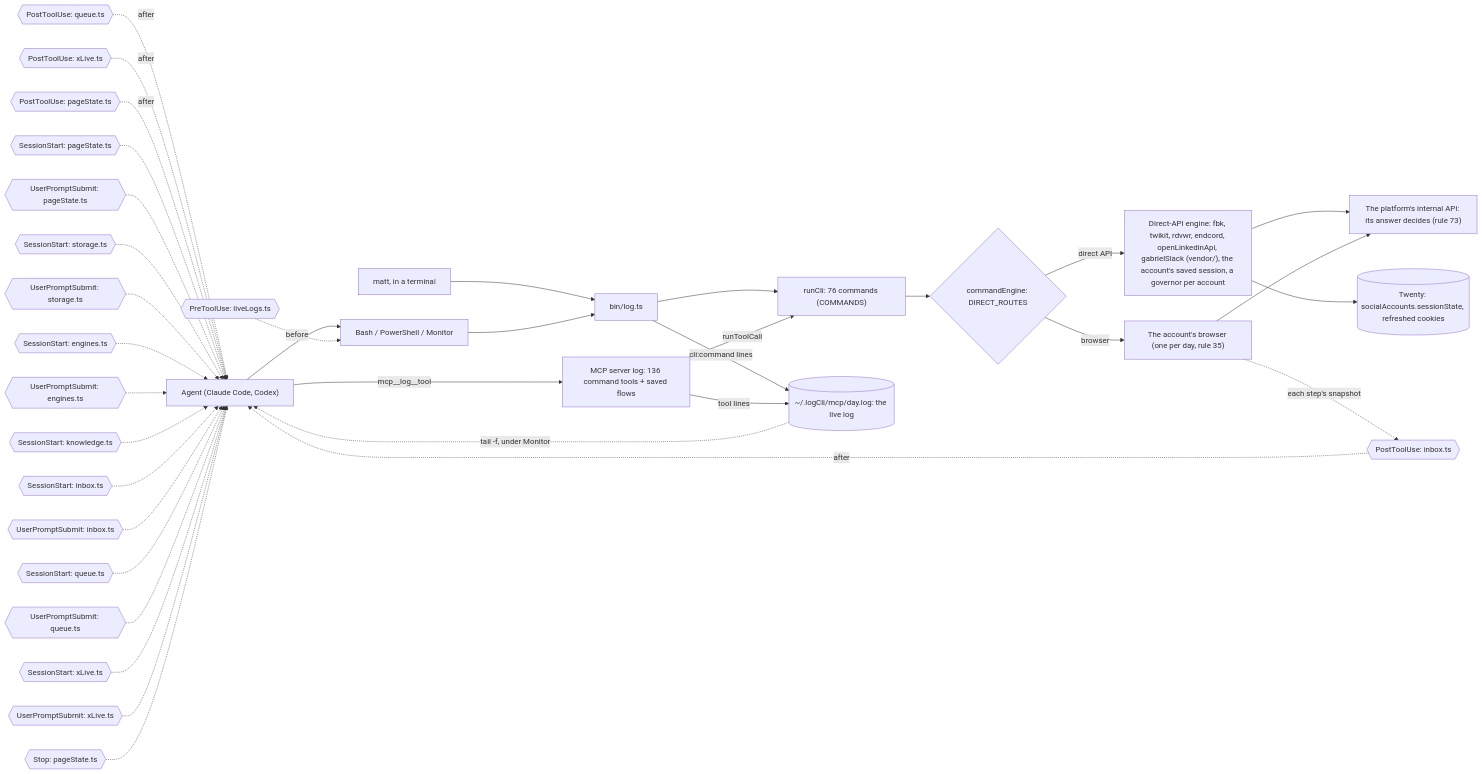
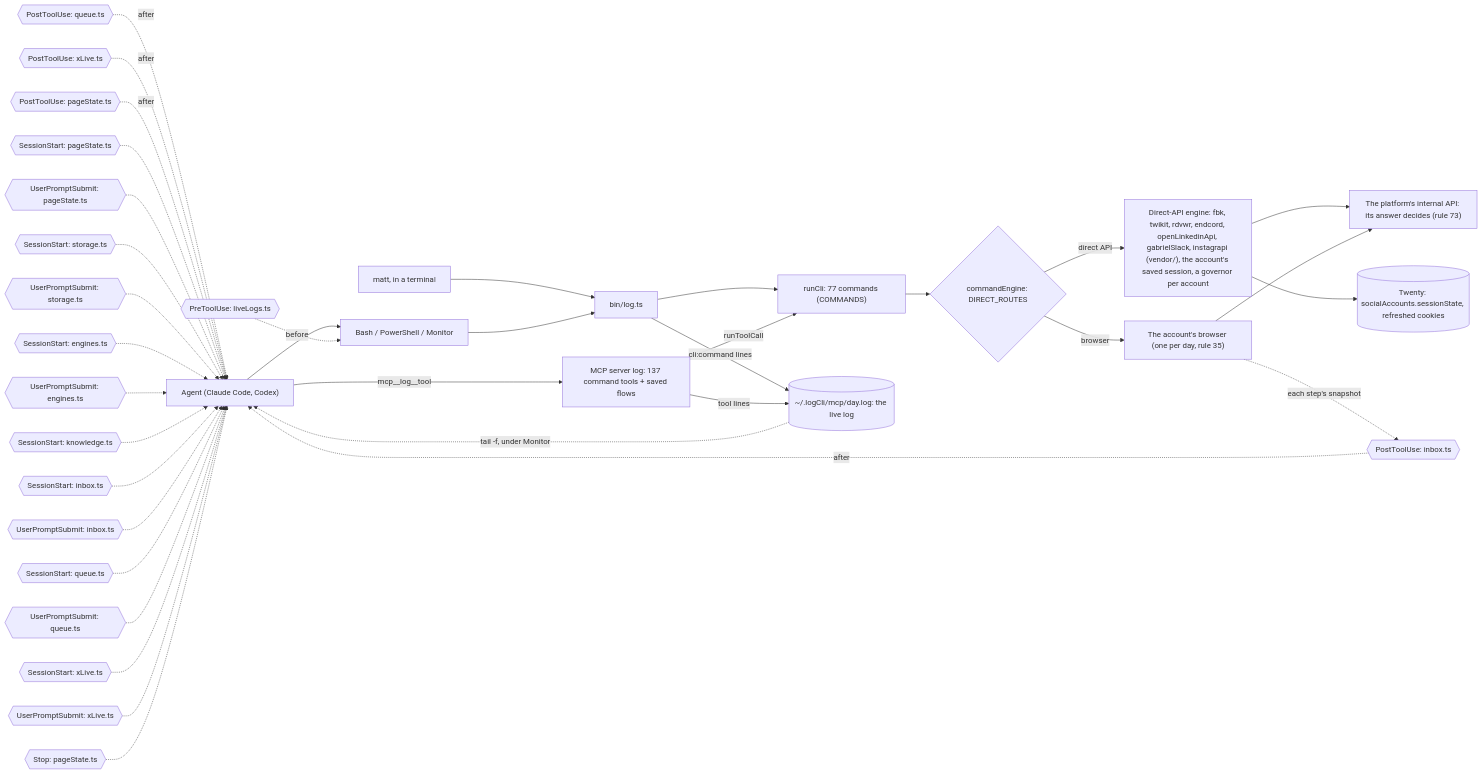
Before and after one commit to matthewdonsemail-lab/log: the diagram in docs/diagrams/surface.mmd, drawn with Mermaid. The commit also changed 120 other files, not shown here.

Commit message:
feat: Instagram is a platform, its session checked through vendored instagrapi over curl_cffi

```diff
--- a/docs/diagrams/surface.mmd
+++ b/docs/diagrams/surface.mmd
@@ -1,50 +1,50 @@
 %% How a call reaches log-cli. From a shell or over MCP, both run the same commands through `runCli`, write the same live log, and pass through the same hooks. `commandEngine` sends each command to the platform's direct API or to the account's browser.
 %% Written by `bun run docs:build` from the code (rule 56). Not edited by hand.
 flowchart LR
   agent["Agent (Claude Code, Codex)"]
   matt["matt, in a terminal"]
   shell["Bash / PowerShell / Monitor"]
-  mcp["MCP server log: 136 command tools + saved flows"]
+  mcp["MCP server log: 137 command tools + saved flows"]
   bin["bin/log.ts"]
-  runCli["runCli: 76 commands (COMMANDS)"]
+  runCli["runCli: 77 commands (COMMANDS)"]
   live[("~/.logCli/mcp/day.log: the live log")]
   engine{"commandEngine: DIRECT_ROUTES"}
-  direct["Direct-API engine: fbk, twikit, rdvwr, endcord, openLinkedinApi, gabrielSlack (vendor/), the account's saved session, a governor per account"]
+  direct["Direct-API engine: fbk, twikit, rdvwr, endcord, openLinkedinApi, gabrielSlack, instagrapi (vendor/), the account's saved session, a governor per account"]
   browser["The account's browser (one per day, rule 35)"]
   api["The platform's internal API: its answer decides (rule 73)"]
   twenty[("Twenty: socialAccounts.sessionState, refreshed cookies")]
   agent --> shell
   matt --> bin
   shell --> bin
   agent -->|mcp__log__tool| mcp
   bin --> runCli
   mcp -->|runToolCall| runCli
   runCli --> engine
   engine -->|direct API| direct
   engine -->|browser| browser
   direct --> api
   browser --> api
   direct --> twenty
   bin -->|cli:command lines| live
   mcp -->|tool lines| live
   live -.->|tail -f, under Monitor| agent
   pre0{{"PreToolUse: liveLogs.ts"}} -.->|before| shell
   post0{{"PostToolUse: inbox.ts"}} -.->|after| agent
   post1{{"PostToolUse: queue.ts"}} -.->|after| agent
   post2{{"PostToolUse: xLive.ts"}} -.->|after| agent
   post3{{"PostToolUse: pageState.ts"}} -.->|after| agent
   turn0{{"SessionStart: pageState.ts"}} -.-> agent
   turn1{{"UserPromptSubmit: pageState.ts"}} -.-> agent
   turn2{{"SessionStart: storage.ts"}} -.-> agent
   turn3{{"UserPromptSubmit: storage.ts"}} -.-> agent
   turn4{{"SessionStart: engines.ts"}} -.-> agent
   turn5{{"UserPromptSubmit: engines.ts"}} -.-> agent
   turn6{{"SessionStart: knowledge.ts"}} -.-> agent
   turn7{{"SessionStart: inbox.ts"}} -.-> agent
   turn8{{"UserPromptSubmit: inbox.ts"}} -.-> agent
   turn9{{"SessionStart: queue.ts"}} -.-> agent
   turn10{{"UserPromptSubmit: queue.ts"}} -.-> agent
   turn11{{"SessionStart: xLive.ts"}} -.-> agent
   turn12{{"UserPromptSubmit: xLive.ts"}} -.-> agent
   turn13{{"Stop: pageState.ts"}} -.-> agent
   browser -.->|each step's snapshot| post0
```
